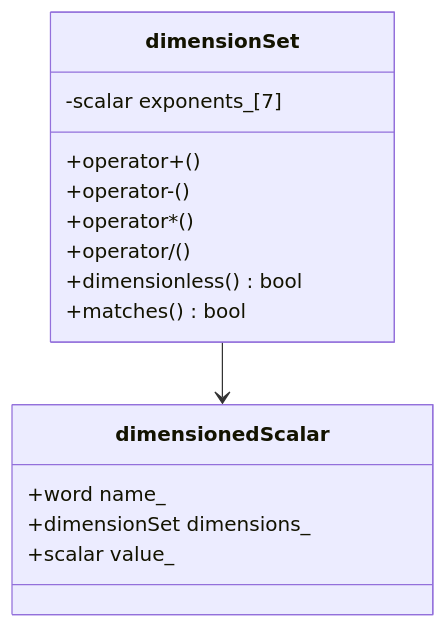
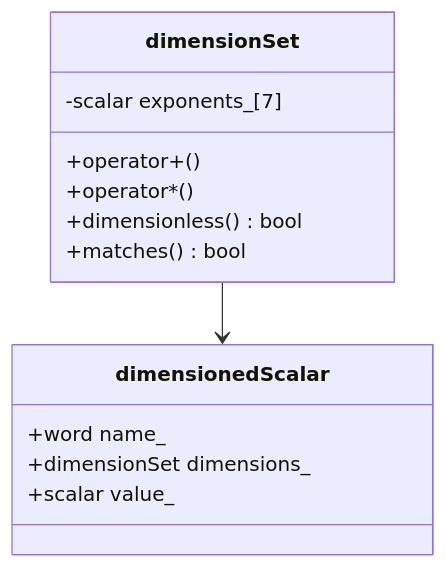
The first of 2 diagrams in MODULE_05_OPENFOAM_PROGRAMMING/CONTENT/12_DIMENSIONAL_ANALYSIS/02_DimensionSet_Advanced.md (wramet/build-my-cfd), drawn with Mermaid before and after one commit. The commit also changed other lines of this file and 313 other files, not shown here.

Commit message:
Revise all diagram

````diff
--- a/MODULE_05_OPENFOAM_PROGRAMMING/CONTENT/12_DIMENSIONAL_ANALYSIS/02_DimensionSet_Advanced.md
+++ b/MODULE_05_OPENFOAM_PROGRAMMING/CONTENT/12_DIMENSIONAL_ANALYSIS/02_DimensionSet_Advanced.md
@@ -7,20 +7,17 @@
 ```mermaid
 classDiagram
-    class dimensionSet {
-        -scalar exponents_[7]
-        +operator+()
-        +operator-()
-        +operator*()
-        +operator/()
-        +dimensionless() bool
-        +matches() bool
-    }
+class dimensionSet {
+-scalar exponents_[7]
++operator+()
++operator*()
++dimensionless() bool
++matches() bool
+}
+class dimensionedScalar {
+    +word name_
+    +dimensionSet dimensions_
+    +scalar value_
+}
 
-    class dimensionedScalar {
-        +word name_
-        +dimensionSet dimensions_
-        +scalar value_
-    }
-
-    dimensionSet --> dimensionedScalar
+dimensionSet --> dimensionedScalar
 ```
````
